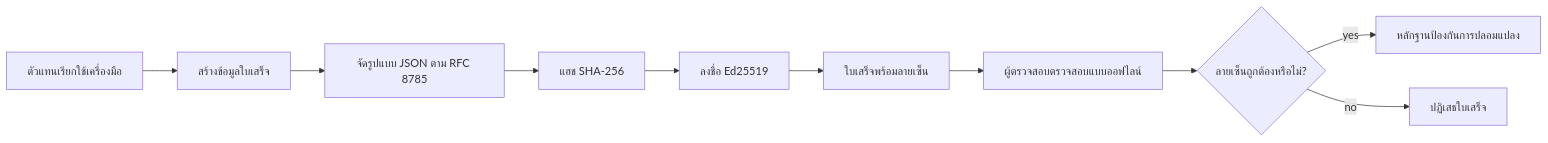
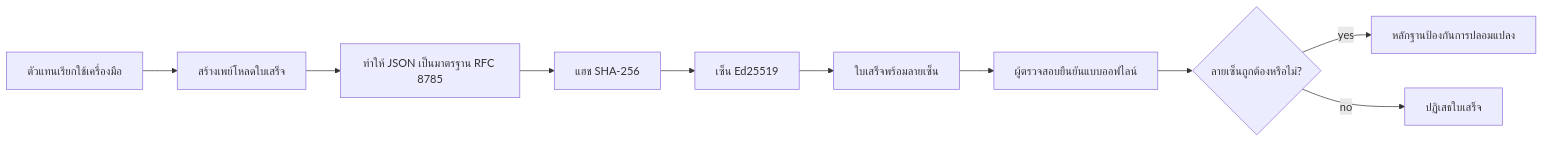
One commit to gabrielmoreira/agent-skills-mirror changed the first of 2 diagrams in mirrors/repos/microsoft@ai-agents-for-beginners/translations/th/18-securing-ai-agents/README.md. Above: the diagram before and after it, drawn with Mermaid. The commit also changed other lines of this file and 8886 other files, not shown here.

````diff
--- a/mirrors/repos/microsoft@ai-agents-for-beginners/translations/th/18-securing-ai-agents/README.md
+++ b/mirrors/repos/microsoft@ai-agents-for-beginners/translations/th/18-securing-ai-agents/README.md
@@ -51,12 +51,12 @@
 ```mermaid
 flowchart LR
-    A[ตัวแทนเรียกใช้เครื่องมือ] --> B[สร้างข้อมูลใบเสร็จ]
-    B --> C[จัดรูปแบบ JSON ตาม RFC 8785]
+    A[ตัวแทนเรียกใช้เครื่องมือ] --> B[สร้างเพย์โหลดใบเสร็จ]
+    B --> C[ทำให้ JSON เป็นมาตรฐาน RFC 8785]
     C --> D[แฮช SHA-256]
-    D --> E[ลงชื่อ Ed25519]
+    D --> E[เซ็น Ed25519]
     E --> F[ใบเสร็จพร้อมลายเซ็น]
-    F --> G[ผู้ตรวจสอบตรวจสอบแบบออฟไลน์]
+    F --> G[ผู้ตรวจสอบยืนยันแบบออฟไลน์]
     G --> H{ลายเซ็นถูกต้องหรือไม่?}
     H -- yes --> I[หลักฐานป้องกันการปลอมแปลง]
     H -- no --> J[ปฏิเสธใบเสร็จ]
 ```
````
